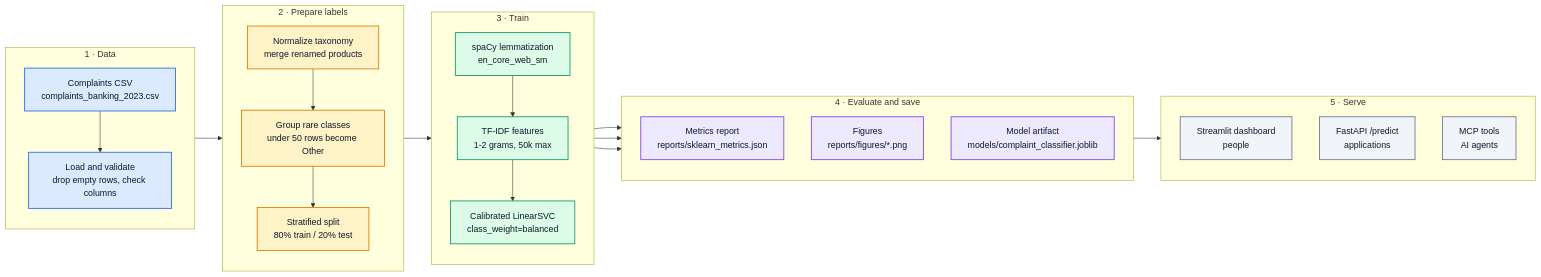
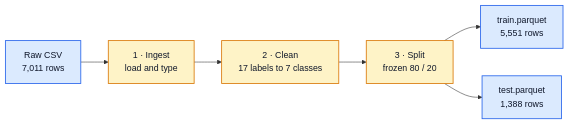
One commit to andres-linero/Banking-Complaints-NLP-Classifier changed the first of 3 diagrams in README.md. Above: the diagram before and after it, drawn with Mermaid. The commit also changed other lines of this file and 1 other file, not shown here.

First line of the commit message:
Rewrite README around the rebuilt model

````diff
--- a/README.md
+++ b/README.md
@@ -34,54 +37,14 @@
 ```mermaid
 flowchart LR
-    classDef data fill:#dbeafe,stroke:#2563eb,stroke-width:1.5px,color:#0f172a
-    classDef prep fill:#fef3c7,stroke:#d97706,stroke-width:1.5px,color:#0f172a
-    classDef train fill:#dcfce7,stroke:#059669,stroke-width:1.5px,color:#0f172a
-    classDef out fill:#ede9fe,stroke:#7c3aed,stroke-width:1.5px,color:#0f172a
-    classDef serve fill:#f1f5f9,stroke:#64748b,stroke-width:1.5px,color:#0f172a
+    classDef file fill:#dbeafe,stroke:#2563eb,stroke-width:1.5px,color:#0f172a
+    classDef step fill:#fef3c7,stroke:#d97706,stroke-width:1.5px,color:#0f172a
 
-    subgraph S1["1 · Data"]
-        direction TB
-        A["Complaints CSV<br/>complaints_banking_2023.csv"]
-        B["Load and validate<br/>drop empty rows, check columns"]
-    end
+    CSV["Raw CSV<br/>7,011 rows"] --> ING["1 · Ingest<br/>load and type"]
+    ING --> CLEAN["2 · Clean<br/>17 labels to 7 classes"]
+    CLEAN --> SPLIT["3 · Split<br/>frozen 80 / 20"]
+    SPLIT --> TR["train.parquet<br/>5,551 rows"]
+    SPLIT --> TE["test.parquet<br/>1,388 rows"]
 
-    subgraph S2["2 · Prepare labels"]
-        direction TB
-        C["Normalize taxonomy<br/>merge renamed products"]
-        D["Group rare classes<br/>under 50 rows become Other"]
-        E["Stratified split<br/>80% train / 20% test"]
-    end
-
-    subgraph S3["3 · Train"]
-        direction TB
-        F["spaCy lemmatization<br/>en_core_web_sm"]
-        G["TF-IDF features<br/>1-2 grams, 50k max"]
-        H["Calibrated LinearSVC<br/>class_weight=balanced"]
-    end
-
-    subgraph S4["4 · Evaluate and save"]
-        direction TB
-        I["Metrics report<br/>reports/sklearn_metrics.json"]
-        J["Figures<br/>reports/figures/*.png"]
-        K["Model artifact<br/>models/complaint_classifier.joblib"]
-    end
-
-    subgraph S5["5 · Serve"]
-        direction TB
-        L["Streamlit dashboard<br/>people"]
-        M["FastAPI /predict<br/>applications"]
-        N["MCP tools<br/>AI agents"]
-    end
-
-    A --> B --> C --> D --> E --> F --> G --> H
-    H --> I
-    H --> J
-    H --> K
-    K --> S5
-
-    class A,B data
-    class C,D,E prep
-    class F,G,H train
-    class I,J,K out
-    class L,M,N serve
+    class CSV,TR,TE file
+    class ING,CLEAN,SPLIT step
 ```
````
